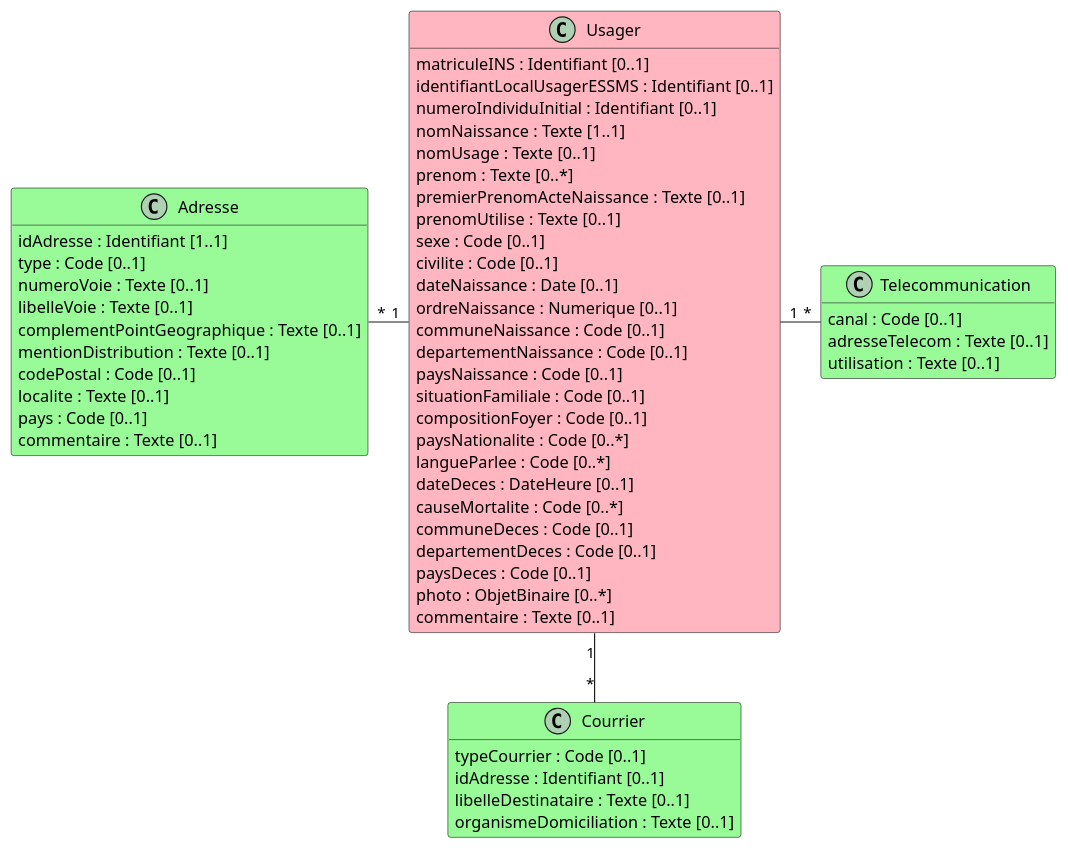
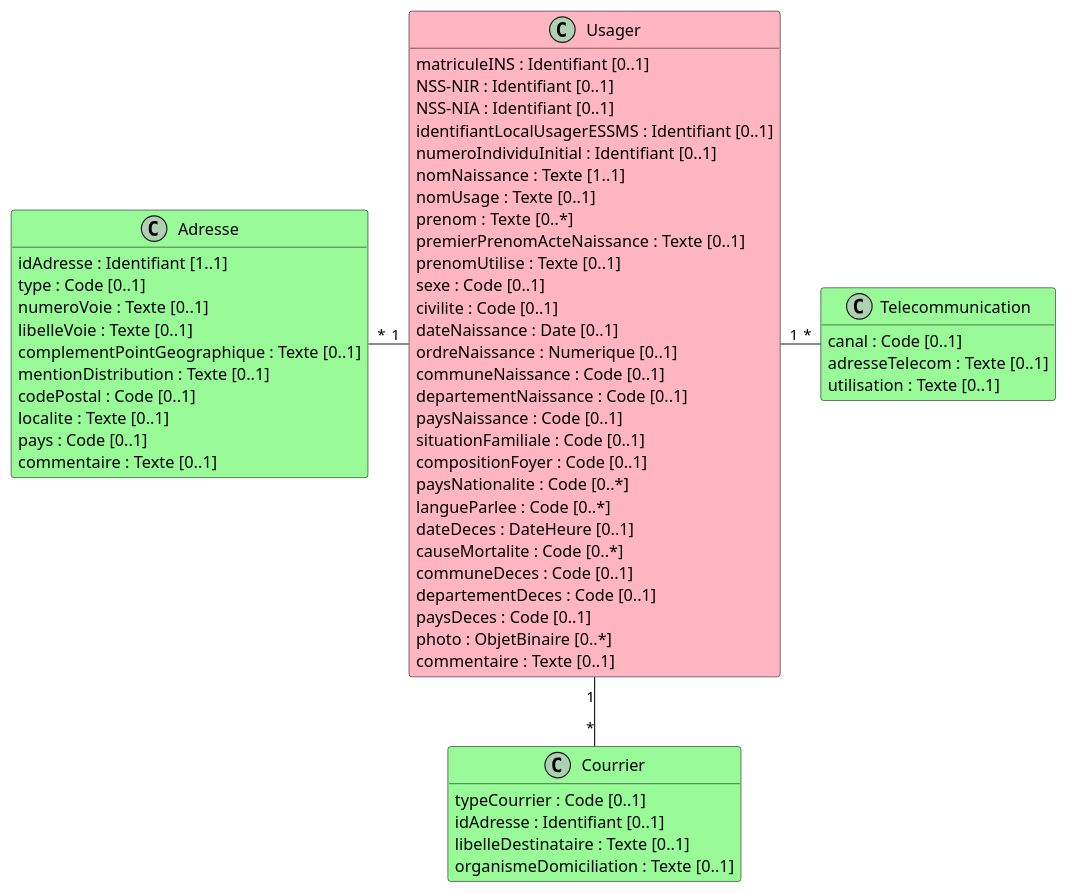
The diagram in input/images-source/bloc_identification_coordonnees.plantuml (ansforge/IG-fhir-transfert-donnees-dui-esms), drawn with PlantUML before and after one commit. The commit also changed 1 other file, not shown here.

```diff
--- a/input/images-source/bloc_identification_coordonnees.plantuml
+++ b/input/images-source/bloc_identification_coordonnees.plantuml
@@ -1,64 +1,66 @@
 @startuml
 
 hide empty methods
 
 class Usager #LightPink {
     matriculeINS : Identifiant [0..1]
+    NSS-NIR : Identifiant [0..1]
+    NSS-NIA : Identifiant [0..1]
     identifiantLocalUsagerESSMS : Identifiant [0..1]
     numeroIndividuInitial : Identifiant [0..1]
     nomNaissance : Texte [1..1]
     nomUsage : Texte [0..1]
     prenom : Texte [0..*]
     premierPrenomActeNaissance : Texte [0..1]
     prenomUtilise : Texte [0..1]
     sexe : Code [0..1]
     civilite : Code [0..1]
     dateNaissance : Date [0..1]
     ordreNaissance : Numerique [0..1]
     communeNaissance : Code [0..1]
     departementNaissance : Code [0..1]
     paysNaissance : Code [0..1]
     situationFamiliale : Code [0..1]
     compositionFoyer : Code [0..1]
     paysNationalite : Code [0..*]
     langueParlee : Code [0..*]
     dateDeces : DateHeure [0..1]
     causeMortalite : Code [0..*]
     communeDeces : Code [0..1]
     departementDeces : Code [0..1]
     paysDeces : Code [0..1]
     photo : ObjetBinaire [0..*]
     commentaire : Texte [0..1]
 }
 
 class Adresse #PaleGreen {
     idAdresse : Identifiant [1..1]
     type : Code [0..1]
     numeroVoie : Texte [0..1]
     libelleVoie : Texte [0..1]
     complementPointGeographique : Texte [0..1]
     mentionDistribution : Texte [0..1]
     codePostal : Code [0..1]
     localite : Texte [0..1]
     pays : Code [0..1]
     commentaire : Texte [0..1]
 }
 
 class Telecommunication #PaleGreen {
     canal : Code [0..1]
     adresseTelecom : Texte [0..1]
     utilisation : Texte [0..1]
 }
 
 class Courrier #PaleGreen {
     typeCourrier : Code [0..1]
     idAdresse : Identifiant [0..1]
     libelleDestinataire : Texte [0..1]
     organismeDomiciliation : Texte [0..1]
 }
 
 Adresse "*" - "1" Usager
 Usager "1" - "*" Telecommunication
 Usager "1" -- "*" Courrier
 
 @enduml
```
